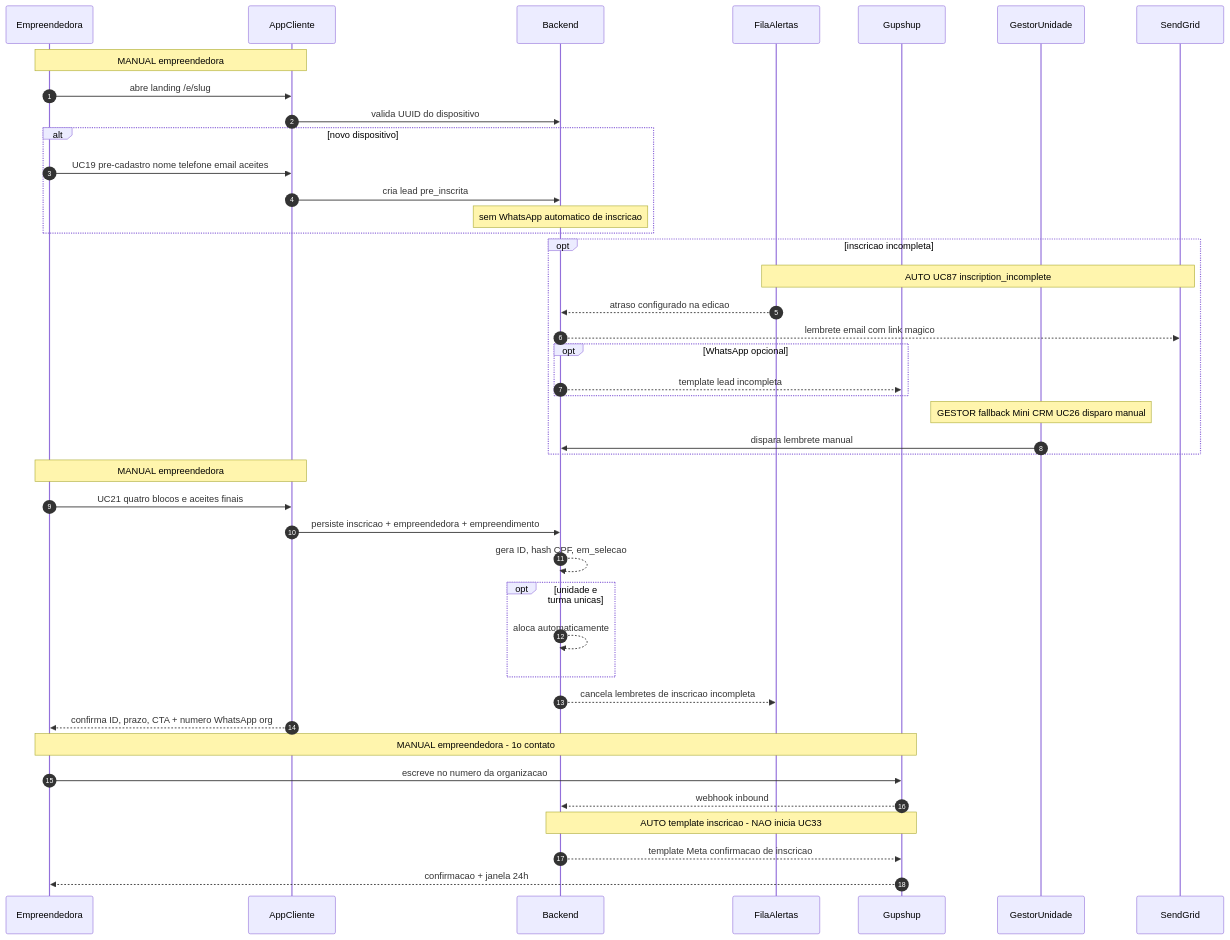
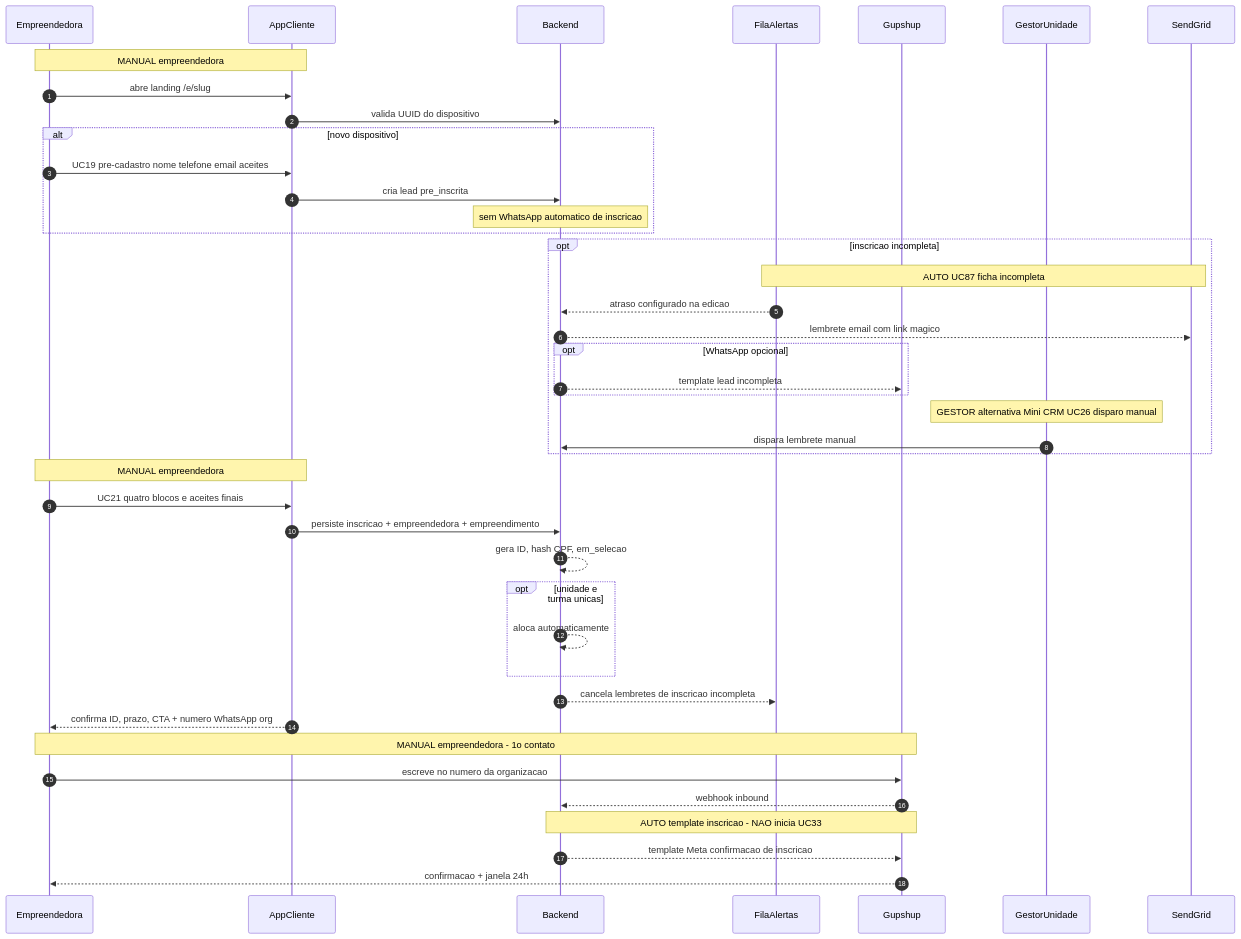
Before and after one commit to luciorogeriosp/cm_documentacao: the first of 9 diagrams in docs/jornadas/online.md, drawn with Mermaid. The commit also changed other lines of this file and 76 other files, not shown here.

````diff
--- a/docs/jornadas/online.md
+++ b/docs/jornadas/online.md
@@ -29,48 +29,48 @@
 ```mermaid
 sequenceDiagram
   autonumber
   participant Empreendedora
   participant AppCliente
   participant Backend
   participant FilaAlertas
   participant Gupshup
   participant GestorUnidade
   participant SendGrid
 
   Note over Empreendedora,AppCliente: MANUAL empreendedora
   Empreendedora ->> AppCliente: abre landing /e/slug
   AppCliente ->> Backend: valida UUID do dispositivo
   alt novo dispositivo
     Empreendedora ->> AppCliente: UC19 pre-cadastro nome telefone email aceites
     AppCliente ->> Backend: cria lead pre_inscrita
     Note over Backend: sem WhatsApp automatico de inscricao
   end
 
   opt inscricao incompleta
-    Note over FilaAlertas,SendGrid: AUTO UC87 inscription_incomplete
+    Note over FilaAlertas,SendGrid: AUTO UC87 ficha incompleta
     FilaAlertas -->> Backend: atraso configurado na edicao
     Backend -->> SendGrid: lembrete email com link magico
     opt WhatsApp opcional
       Backend -->> Gupshup: template lead incompleta
     end
-    Note over GestorUnidade: GESTOR fallback Mini CRM UC26 disparo manual
+    Note over GestorUnidade: GESTOR alternativa Mini CRM UC26 disparo manual
     GestorUnidade ->> Backend: dispara lembrete manual
   end
 
   Note over Empreendedora,AppCliente: MANUAL empreendedora
   Empreendedora ->> AppCliente: UC21 quatro blocos e aceites finais
   AppCliente ->> Backend: persiste inscricao + empreendedora + empreendimento
   Backend -->> Backend: gera ID, hash CPF, em_selecao
   opt unidade e turma unicas
     Backend -->> Backend: aloca automaticamente
   end
   Backend -->> FilaAlertas: cancela lembretes de inscricao incompleta
   AppCliente -->> Empreendedora: confirma ID, prazo, CTA + numero WhatsApp org
 
   Note over Empreendedora,Gupshup: MANUAL empreendedora - 1o contato
   Empreendedora ->> Gupshup: escreve no numero da organizacao
   Gupshup -->> Backend: webhook inbound
   Note over Backend,Gupshup: AUTO template inscricao - NAO inicia UC33
   Backend -->> Gupshup: template Meta confirmacao de inscricao
   Gupshup -->> Empreendedora: confirmacao + janela 24h
 ```
````
